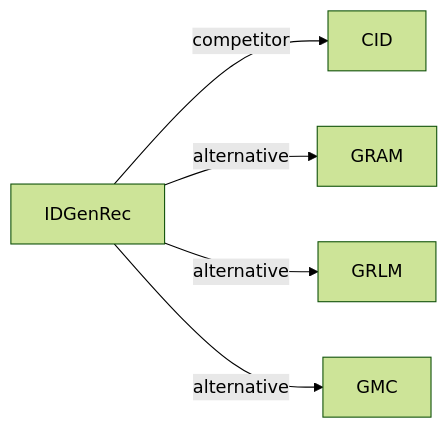
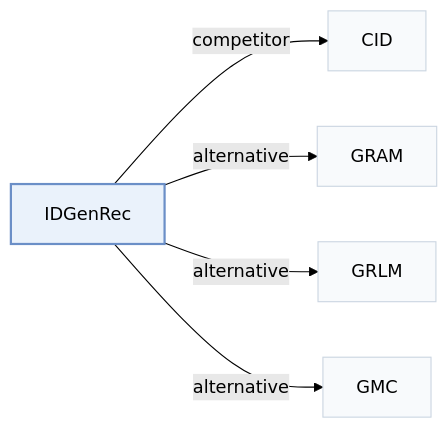
Before and after one commit to Galaxy-ghost/Awesome-SID-Generative-Rec: the third of 3 diagrams in pages/papers/idgenrec.md, drawn with Mermaid (forest theme). The commit also changed other lines of this file and 649 other files, not shown here.

Commit message:
writer-05: also tags and modality index (schema, check, build, visuals); summary field removed; calibration data for 12 papers

````diff
--- a/pages/papers/idgenrec.md
+++ b/pages/papers/idgenrec.md
@@ -134,8 +138,12 @@
 ```mermaid
 flowchart LR
     P["IDGenRec"]
-    P -->|competitor| A["CID"]
-    P -->|alternative| B["GRAM"]
-    P -->|alternative| C["GRLM"]
-    P -->|alternative| D["GMC"]
+    P -->|"competitor"| A["CID"]
+    P -->|"alternative"| B["GRAM"]
+    P -->|"alternative"| C["GRLM"]
+    P -->|"alternative"| D["GMC"]
+    classDef main fill:#eaf2fb,stroke:#6b8fc7,stroke-width:2px
+    classDef peer fill:#f8fafc,stroke:#cbd5e1
+    class P main
+    class A,B,C,D peer
 ```
````
